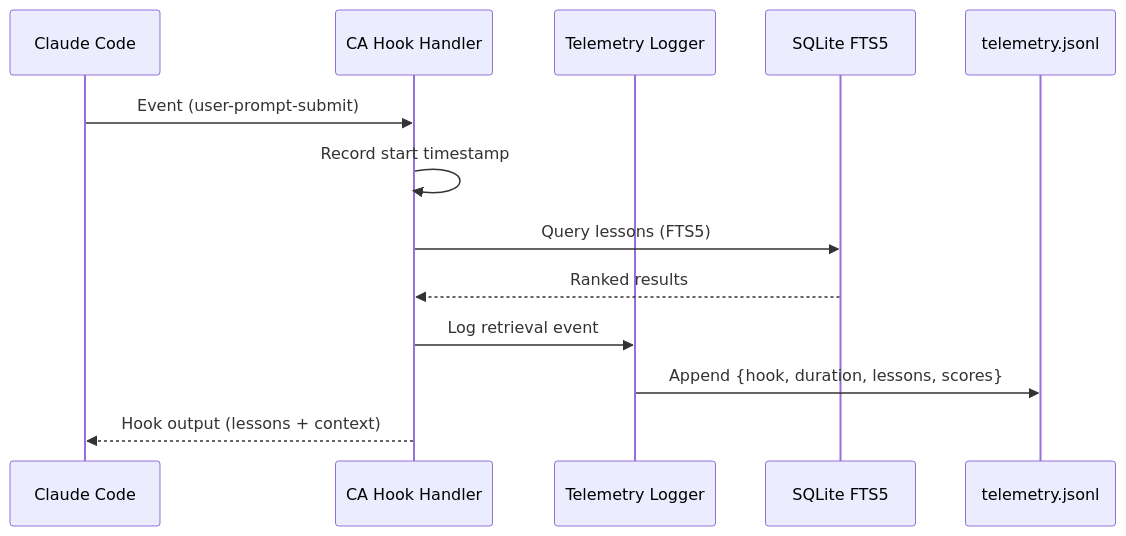
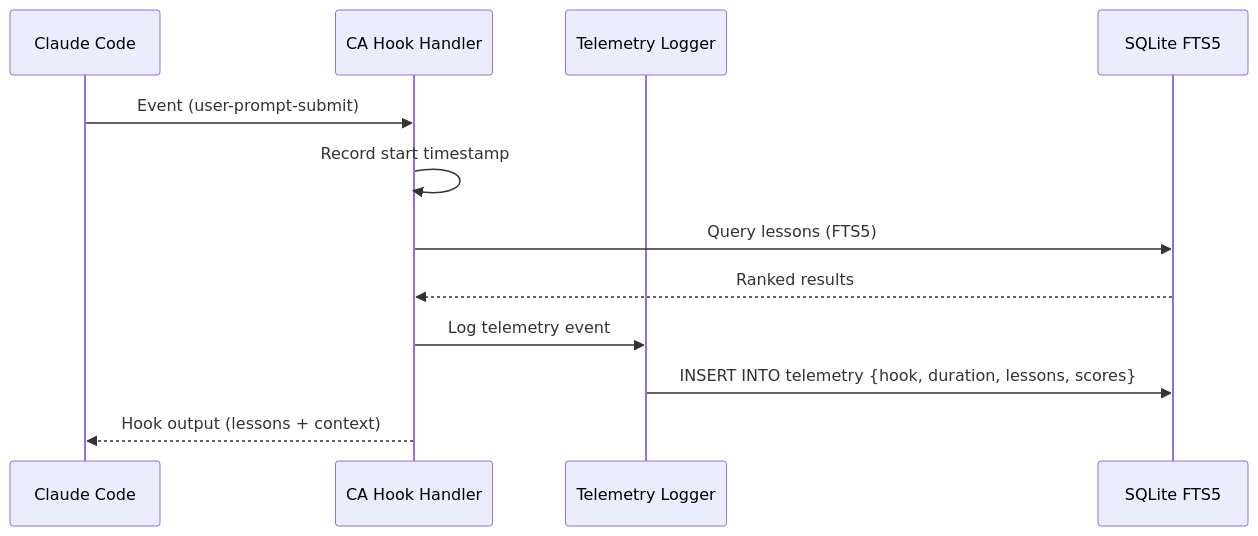
One commit to Nathandela/compound-agent changed the second of 3 diagrams in docs/specs/v3-harness-overhaul.md. Above: the diagram before and after it, drawn with Mermaid. The commit also changed other lines of this file and 3 other files, not shown here.

````diff
--- a/docs/specs/v3-harness-overhaul.md
+++ b/docs/specs/v3-harness-overhaul.md
@@ -71,16 +71,15 @@
 ```mermaid
 sequenceDiagram
     participant CC as Claude Code
     participant Hook as CA Hook Handler
     participant Tel as Telemetry Logger
     participant DB as SQLite FTS5
-    participant Log as telemetry.jsonl
 
     CC->>Hook: Event (user-prompt-submit)
     Hook->>Hook: Record start timestamp
     Hook->>DB: Query lessons (FTS5)
     DB-->>Hook: Ranked results
-    Hook->>Tel: Log retrieval event
-    Tel->>Log: Append {hook, duration, lessons, scores}
+    Hook->>Tel: Log telemetry event
+    Tel->>DB: INSERT INTO telemetry {hook, duration, lessons, scores}
     Hook-->>CC: Hook output (lessons + context)
 ```
````
